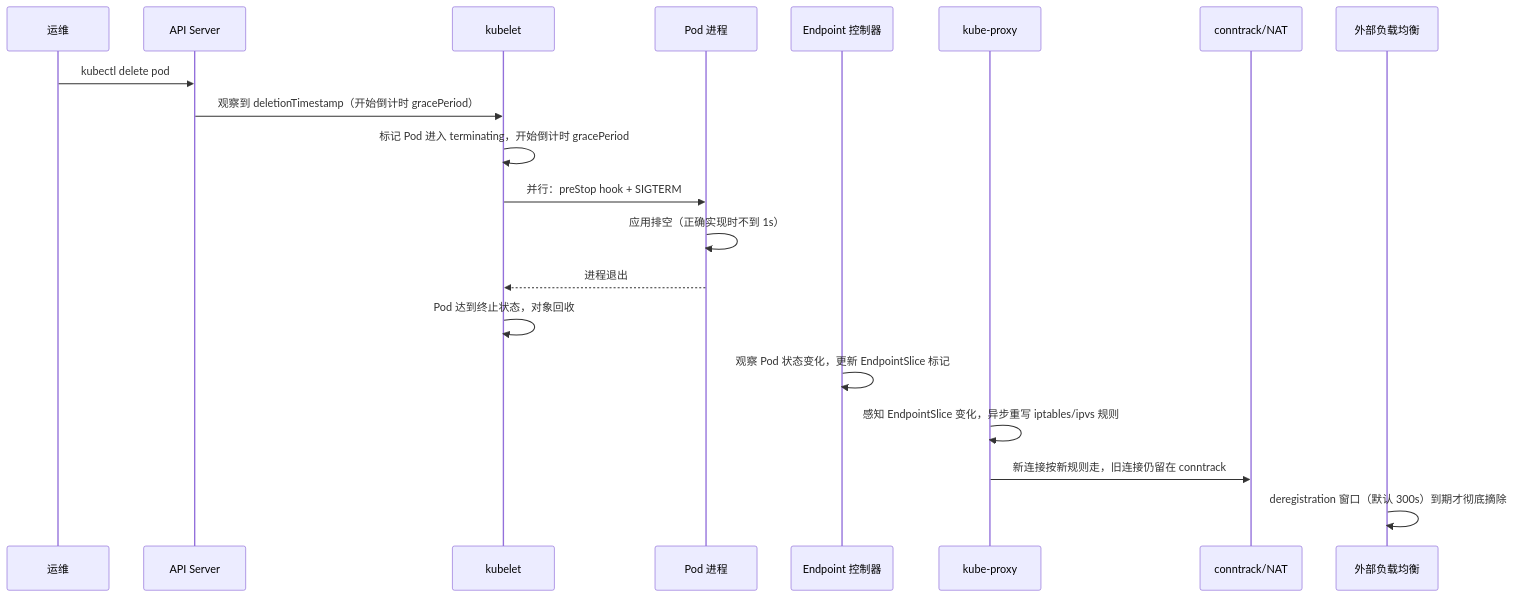
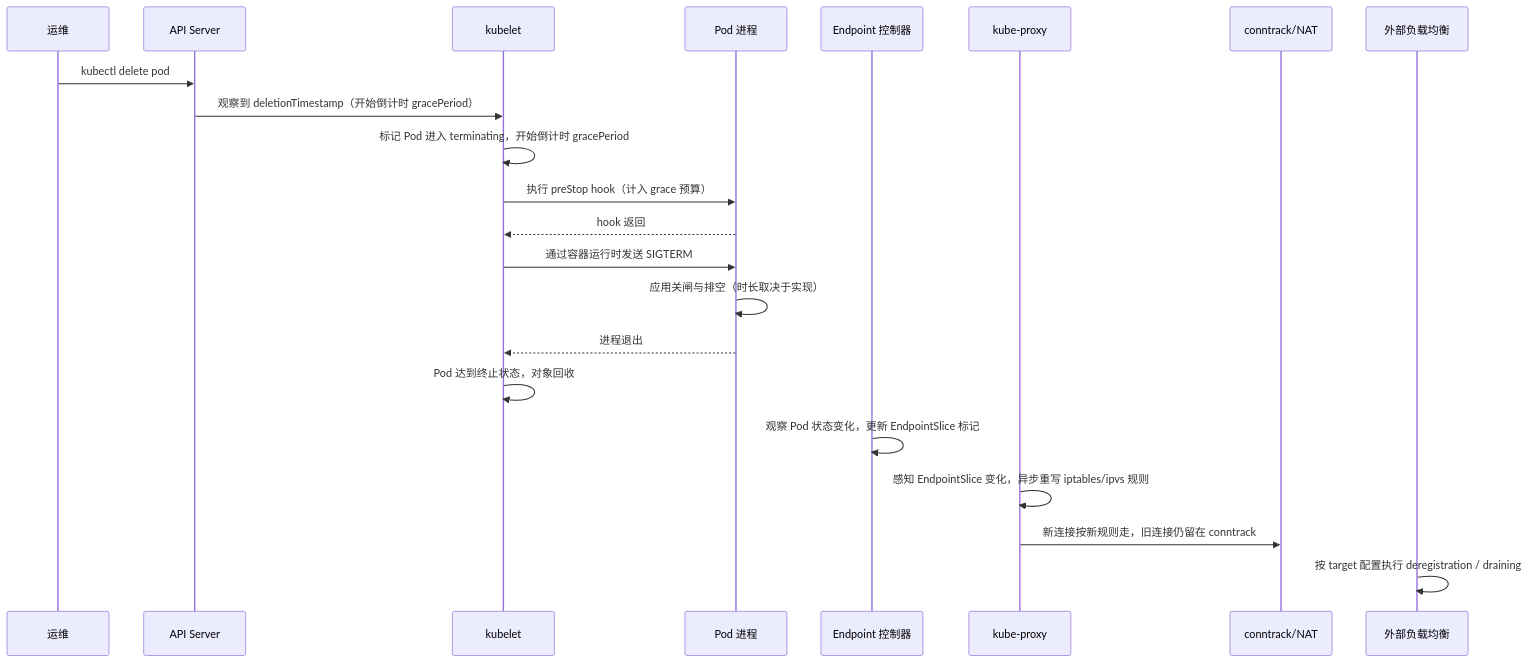
One commit to MoreConsequence/MoreConsequence.github.io changed the diagram in content/posts/kubernetes-graceful-termination.md. Above: the diagram before and after it, drawn with Mermaid. The commit also changed other lines of this file and 263 other files, not shown here.

````diff
--- a/content/posts/kubernetes-graceful-termination.md
+++ b/content/posts/kubernetes-graceful-termination.md
@@ -24,23 +24,25 @@
 ```mermaid
 sequenceDiagram
     participant U as 运维
     participant A as API Server
     participant K as kubelet
     participant P as Pod 进程
     participant E as Endpoint 控制器
     participant N as kube-proxy
     participant C as conntrack/NAT
     participant L as 外部负载均衡
 
     U->>A: kubectl delete pod
     A->>K: 观察到 deletionTimestamp（开始倒计时 gracePeriod）
     K->>K: 标记 Pod 进入 terminating，开始倒计时 gracePeriod
-    K->>P: 并行：preStop hook + SIGTERM
-    P->>P: 应用排空（正确实现时不到 1s）
+    K->>P: 执行 preStop hook（计入 grace 预算）
+    P-->>K: hook 返回
+    K->>P: 通过容器运行时发送 SIGTERM
+    P->>P: 应用关闸与排空（时长取决于实现）
     P-->>K: 进程退出
     K->>K: Pod 达到终止状态，对象回收
     E->>E: 观察 Pod 状态变化，更新 EndpointSlice 标记
     N->>N: 感知 EndpointSlice 变化，异步重写 iptables/ipvs 规则
     N->>C: 新连接按新规则走，旧连接仍留在 conntrack
-    L->>L: deregistration 窗口（默认 300s）到期才彻底摘除
+    L->>L: 按 target 配置执行 deregistration / draining
 ```
````
